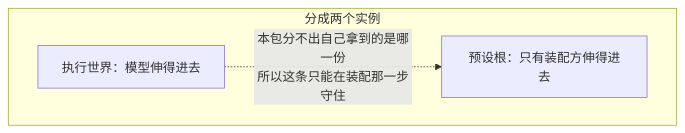
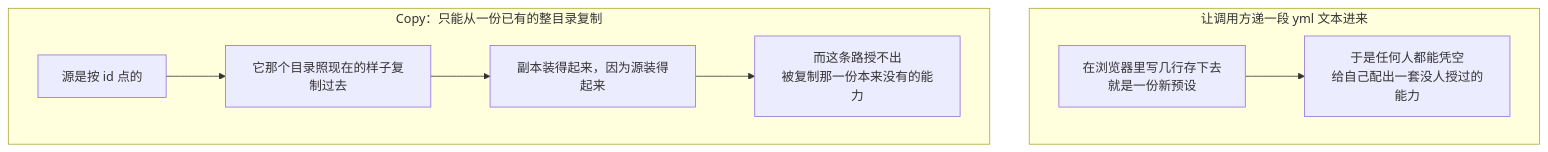
Before and after one commit to snight1983/ds-harness-go: diagram 12 of 25 in docs/modules/presets.md, drawn with Mermaid. The commit also changed other lines of this file and 25 other files, not shown here.

````diff
--- a/docs/modules/presets.md
+++ b/docs/modules/presets.md
@@ -132,8 +240,11 @@
 ```mermaid
 flowchart TD
-    subgraph GOODFS["分成两个实例"]
-        B1["执行世界：模型伸得进去"]
-        B2["预设根：只有装配方伸得进去"]
-        B1 -.->|"本包分不出自己拿到的是哪一份<br/>所以这条只能在装配那一步守住"| B2
+    subgraph BADA["让调用方递一段 yml 文本进来"]
+        A1["在浏览器里写几行存下去<br/>就是一份新预设"] --> A2["于是任何人都能凭空<br/>给自己配出一套没人授过的能力"]
+    end
+    subgraph GOODA["Copy：只能从一份已有的整目录复制"]
+        B1["源是按 id 点的"] --> B2["它那个目录照现在的样子复制过去"]
+        B2 --> B3["副本装得起来，因为源装得起来"]
+        B3 --> B4["而这条路授不出<br/>被复制那一份本来没有的能力"]
     end
 ```
````
